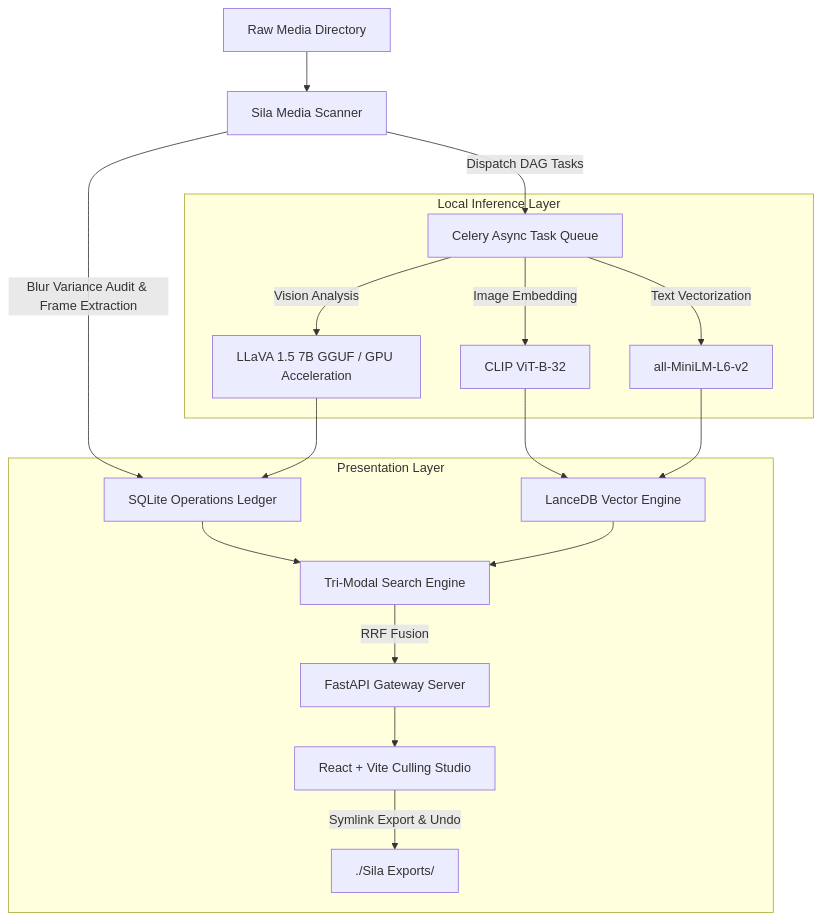
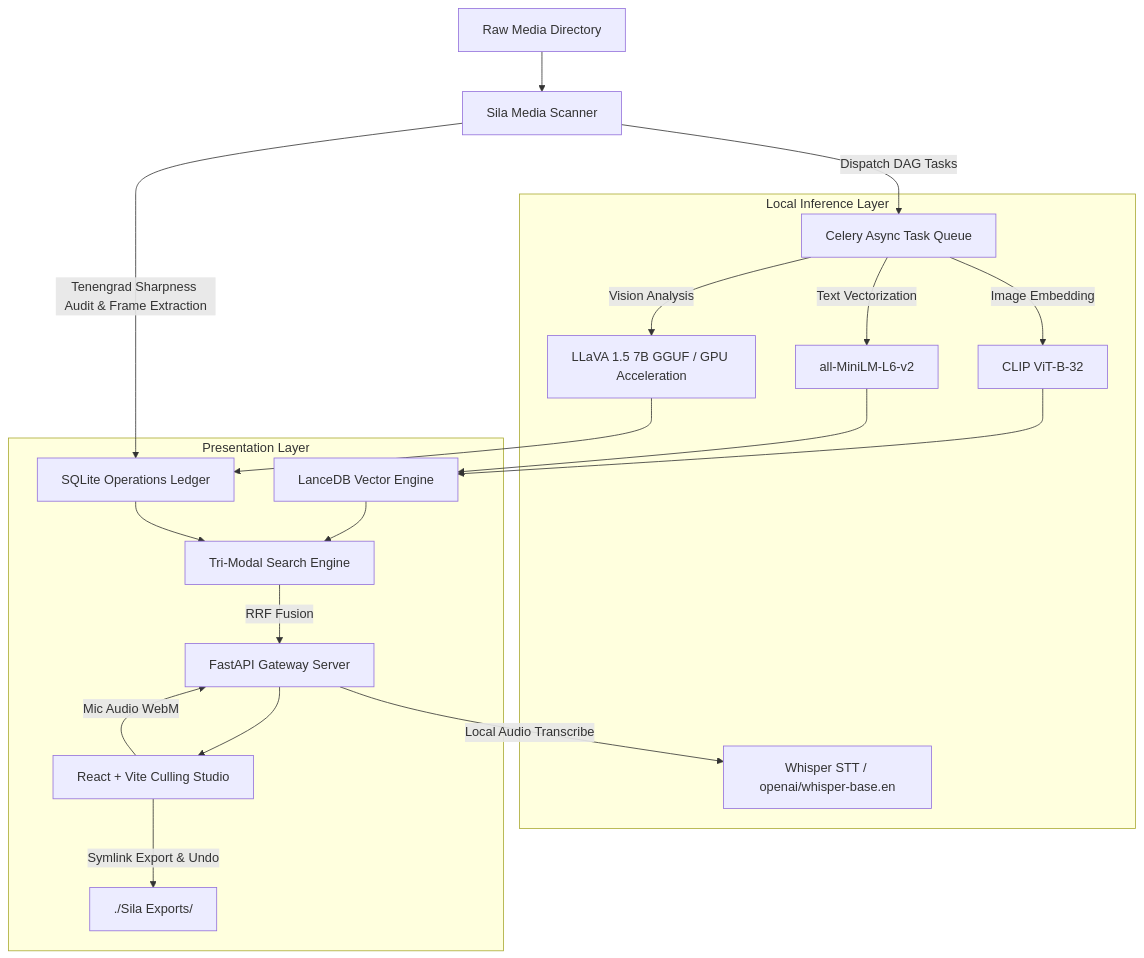
One commit to amitjoshi9627/Sila changed the diagram in README.md. Above: the diagram before and after it, drawn with Mermaid. The commit also changed other lines of this file and 21 other files, not shown here.

````diff
--- a/README.md
+++ b/README.md
@@ -40,25 +43,27 @@
 ```mermaid
 graph TD
     A[Raw Media Directory] --> B[Sila Media Scanner]
-    B -->|Blur Variance Audit & Frame Extraction| C[SQLite Operations Ledger]
+    B -->|Tenengrad Sharpness Audit & Frame Extraction| C[SQLite Operations Ledger]
     B -->|Dispatch DAG Tasks| D[Celery Async Task Queue]
     
     subgraph Local Inference Layer
         D -->|Vision Analysis| E[LLaVA 1.5 7B GGUF / GPU Acceleration]
         D -->|Image Embedding| F[CLIP ViT-B-32]
         D -->|Text Vectorization| G[all-MiniLM-L6-v2]
+        M[Whisper STT / openai/whisper-base.en]
     end
 
     E --> C
     F --> H[LanceDB Vector Engine]
     G --> H
 
     subgraph Presentation Layer
         I[Tri-Modal Search Engine] -->|RRF Fusion| J[FastAPI Gateway Server]
         H --> I
         C --> I
         J --> K[React + Vite Culling Studio]
         K -->|Symlink Export & Undo| L[./Sila Exports/]
+        K -->|Mic Audio WebM| J
+        J -->|Local Audio Transcribe| M
     end
-
 ```
````
